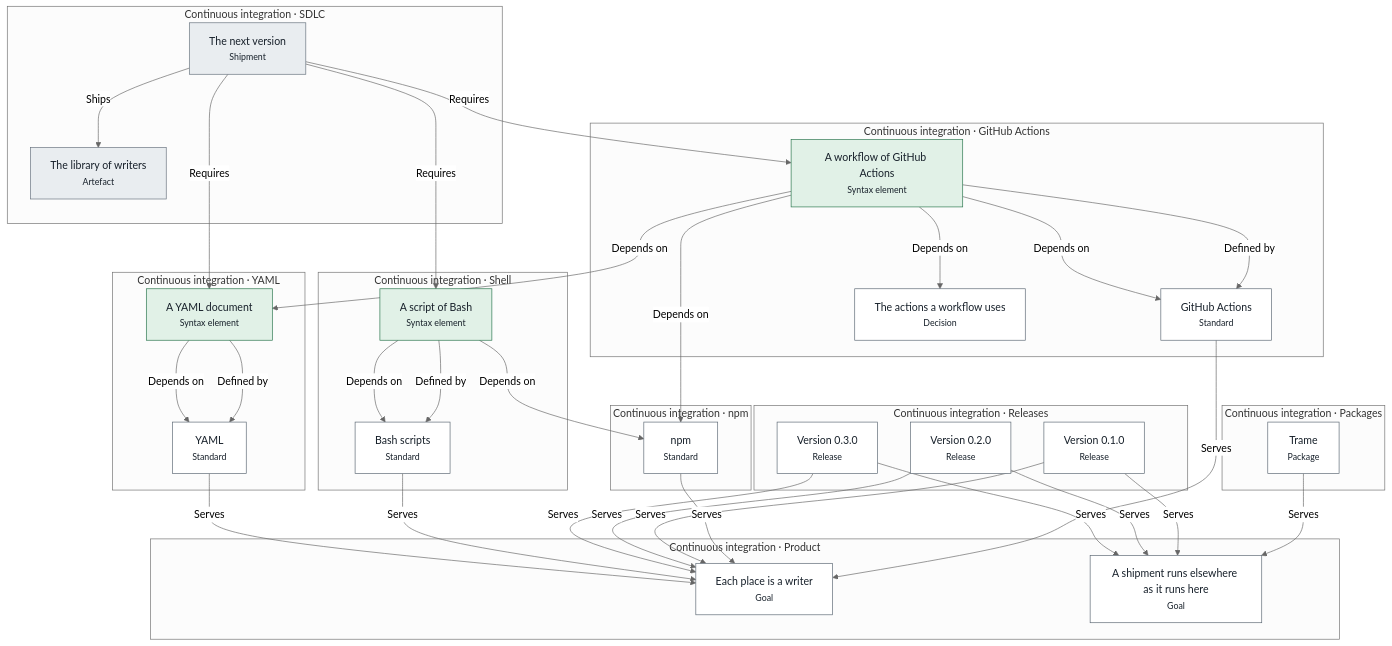
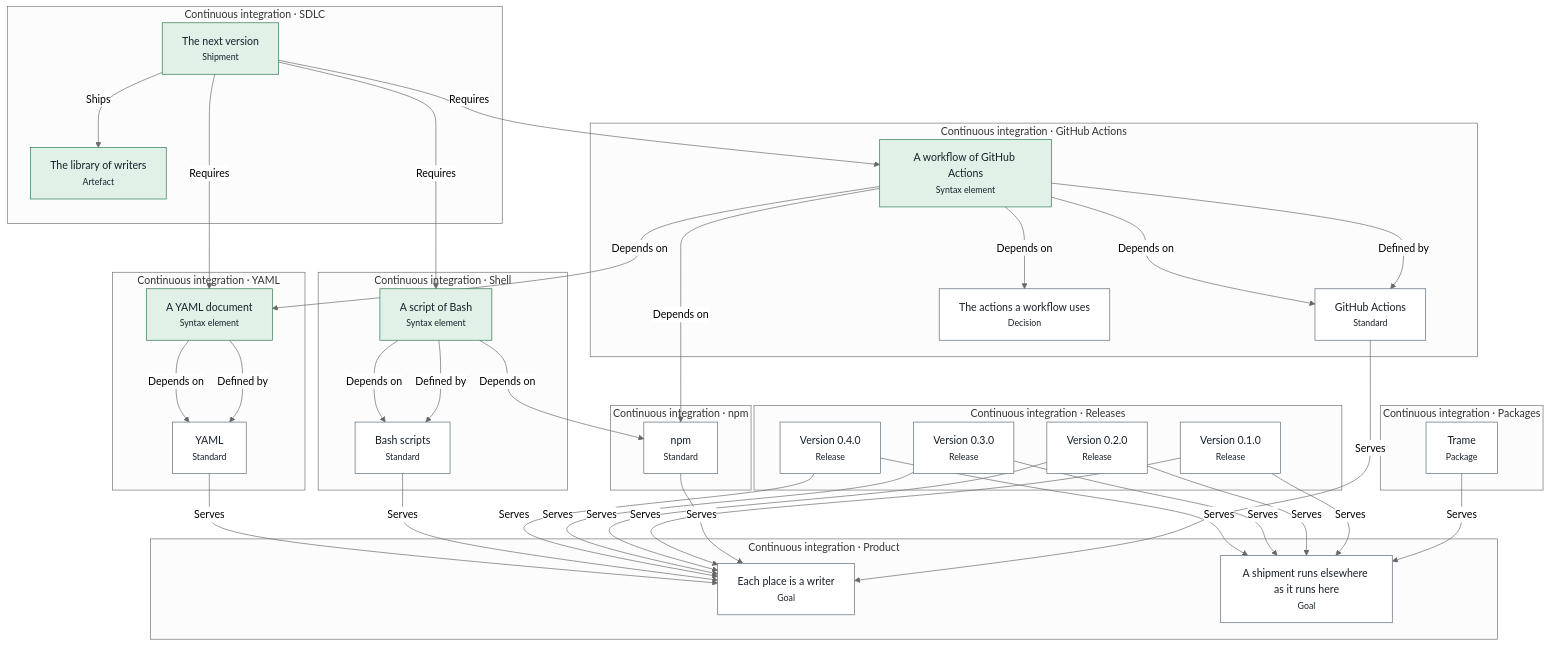
The diagram in ci/docs/layers.md (advancedcognitivesystems-ai/trame), drawn with Mermaid (neutral theme) before and after one commit. The commit also changed 225 other files, not shown here.

First line of the commit message:
std 0.16.0 and ci 0.4.0 released through their own graphs; everything on g101

````diff
--- a/ci/docs/layers.md
+++ b/ci/docs/layers.md
@@ -5,65 +5,68 @@
 ```mermaid
 flowchart TB
   subgraph github["Continuous integration · GitHub Actions"]
     n0["GitHub Actions<br/><small>Standard</small>"]:::neutral
     n1["A workflow of GitHub Actions<br/><small>Syntax element</small>"]:::held
     n2["The actions a workflow uses<br/><small>Decision</small>"]:::neutral
   end
   subgraph npm["Continuous integration · npm"]
     n3["npm<br/><small>Standard</small>"]:::neutral
   end
   subgraph packages["Continuous integration · Packages"]
     n4["Trame<br/><small>Package</small>"]:::neutral
   end
   subgraph product["Continuous integration · Product"]
     n5["Each place is a writer<br/><small>Goal</small>"]:::neutral
     n6["A shipment runs elsewhere as it runs here<br/><small>Goal</small>"]:::neutral
   end
   subgraph releases["Continuous integration · Releases"]
     n7["Version 0.1.0<br/><small>Release</small>"]:::neutral
     n8["Version 0.2.0<br/><small>Release</small>"]:::neutral
     n9["Version 0.3.0<br/><small>Release</small>"]:::neutral
+    n10["Version 0.4.0<br/><small>Release</small>"]:::neutral
   end
   subgraph sdlc["Continuous integration · SDLC"]
-    n10["The next version<br/><small>Shipment</small>"]:::unknown
-    n11["The library of writers<br/><small>Artefact</small>"]:::unknown
+    n11["The next version<br/><small>Shipment</small>"]:::held
+    n12["The library of writers<br/><small>Artefact</small>"]:::held
   end
   subgraph shell["Continuous integration · Shell"]
-    n12["Bash scripts<br/><small>Standard</small>"]:::neutral
-    n13["A script of Bash<br/><small>Syntax element</small>"]:::held
+    n13["Bash scripts<br/><small>Standard</small>"]:::neutral
+    n14["A script of Bash<br/><small>Syntax element</small>"]:::held
   end
   subgraph yaml["Continuous integration · YAML"]
-    n14["YAML<br/><small>Standard</small>"]:::neutral
-    n15["A YAML document<br/><small>Syntax element</small>"]:::held
+    n15["YAML<br/><small>Standard</small>"]:::neutral
+    n16["A YAML document<br/><small>Syntax element</small>"]:::held
   end
   n0 -->|Serves| n5
   n1 -->|Defined by| n0
   n1 -->|Depends on| n0
-  n1 -->|Depends on| n15
+  n1 -->|Depends on| n16
   n1 -->|Depends on| n3
   n1 -->|Depends on| n2
   n3 -->|Serves| n5
   n4 -->|Serves| n6
   n7 -->|Serves| n5
   n7 -->|Serves| n6
   n8 -->|Serves| n5
   n8 -->|Serves| n6
   n9 -->|Serves| n5
   n9 -->|Serves| n6
-  n10 -->|Ships| n11
-  n10 -->|Requires| n15
-  n10 -->|Requires| n13
-  n10 -->|Requires| n1
-  n12 -->|Serves| n5
-  n13 -->|Defined by| n12
-  n13 -->|Depends on| n12
-  n13 -->|Depends on| n3
-  n14 -->|Serves| n5
-  n15 -->|Defined by| n14
-  n15 -->|Depends on| n14
+  n10 -->|Serves| n5
+  n10 -->|Serves| n6
+  n11 -->|Ships| n12
+  n11 -->|Requires| n16
+  n11 -->|Requires| n14
+  n11 -->|Requires| n1
+  n13 -->|Serves| n5
+  n14 -->|Defined by| n13
+  n14 -->|Depends on| n13
+  n14 -->|Depends on| n3
+  n15 -->|Serves| n5
+  n16 -->|Defined by| n15
+  n16 -->|Depends on| n15
   classDef held fill:#e1f1e7,stroke:#26734a,color:#17202a
   classDef blocked fill:#fbf0d9,stroke:#9a6200,color:#17202a
   classDef violated fill:#f9e3e1,stroke:#ad2a22,color:#17202a
   classDef unknown fill:#e9edf0,stroke:#65707c,color:#17202a
   classDef neutral fill:#ffffff,stroke:#5a6672,color:#17202a
 ```
````
